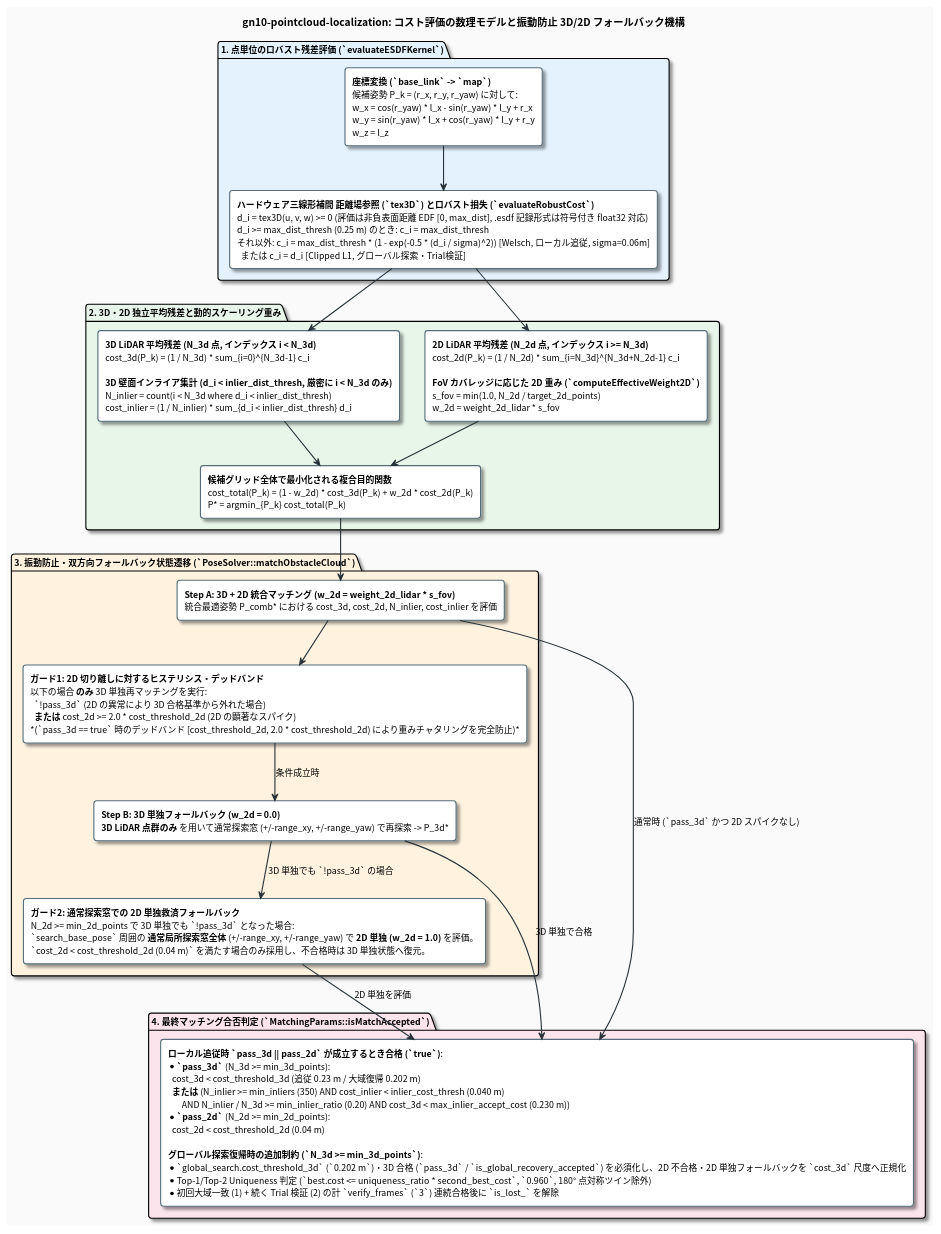
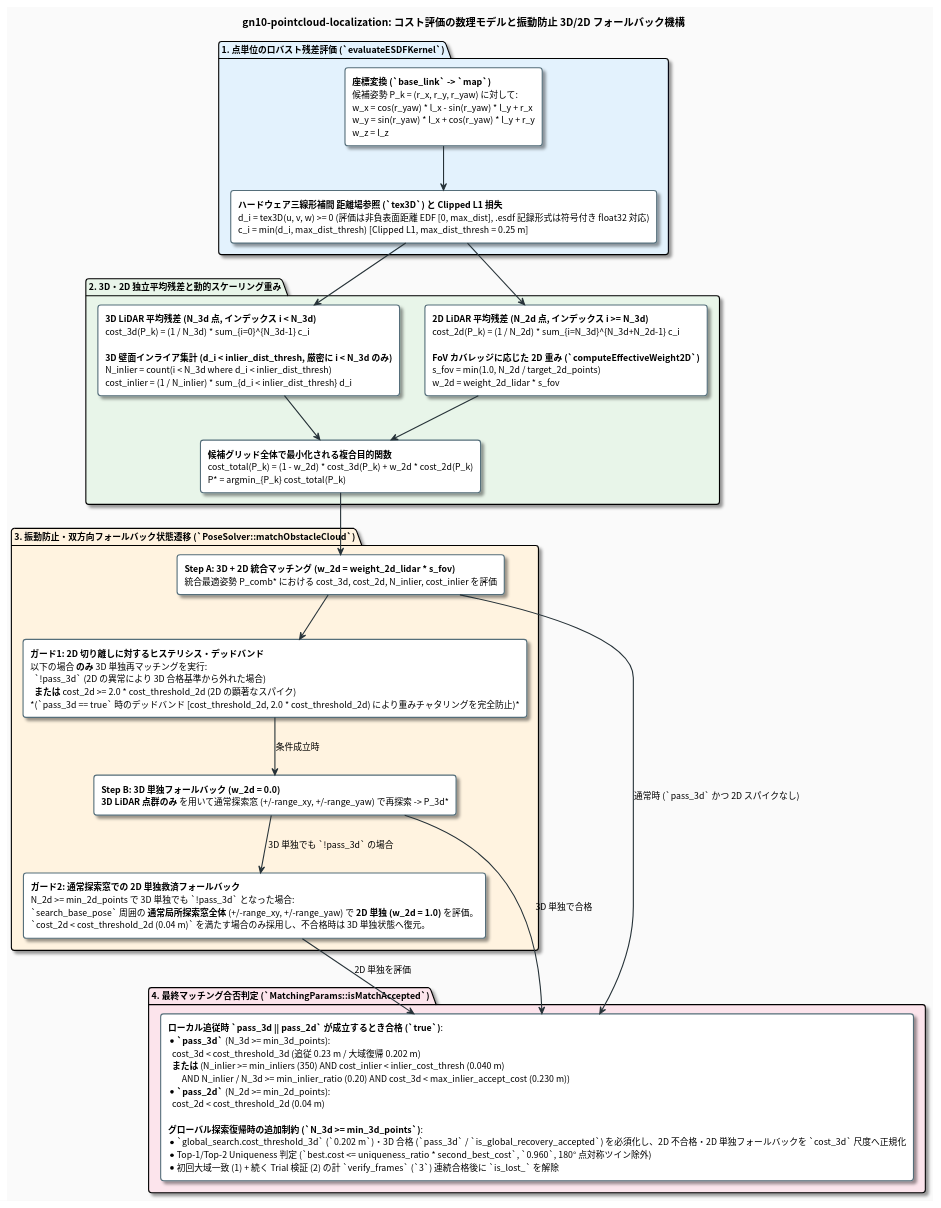
The diagram in docs/matching_cost_and_weighting_jp.pu (tmcit-ararobo-2026a/gn10-pointcloud-localization), drawn with PlantUML before and after one commit. The commit also changed 14 other files, not shown here.

Commit message:
Remove unnecessary Welsch/Cauchy robust loss and unify EDF matching on Clipped L1

```diff
--- a/docs/matching_cost_and_weighting_jp.pu
+++ b/docs/matching_cost_and_weighting_jp.pu
@@ -1,70 +1,70 @@
 @startuml matching_cost_and_weighting_jp
 skinparam backgroundColor #FAFAFA
 skinparam defaultFontName "Roboto, Noto Sans CJK JP, sans-serif"
 skinparam defaultFontSize 12
 skinparam roundCorner 8
 skinparam shadowing true
 skinparam ArrowColor #263238
 skinparam ArrowThickness 1.5
 
 skinparam rectangle {
     BackgroundColor #FFFFFF
     BorderColor #546E7A
     BorderThickness 1.5
 }
 
 skinparam note {
     BackgroundColor #FFF8E1
     BorderColor #FFB300
     FontColor #263238
 }
 
 title **gn10-pointcloud-localization: コスト評価の数理モデルと振動防止 3D/2D フォールバック機構**
 
 package "1. 点単位のロバスト残差評価 (`evaluateESDFKernel`)" #E3F2FD {
     rectangle "**座標変換 (`base_link` -> `map`)**\n候補姿勢 P_k = (r_x, r_y, r_yaw) に対して:\nw_x = cos(r_yaw) * l_x - sin(r_yaw) * l_y + r_x\nw_y = sin(r_yaw) * l_x + cos(r_yaw) * l_y + r_y\nw_z = l_z" as TF_EQ
 
-    rectangle "**ハードウェア三線形補間 距離場参照 (`tex3D`) とロバスト損失 (`evaluateRobustCost`)**\nd_i = tex3D(u, v, w) >= 0  (評価は非負表面距離 EDF [0, max_dist], .esdf 記録形式は符号付き float32 対応)\nd_i >= max_dist_thresh (0.25 m) のとき: c_i = max_dist_thresh\nそれ以外: c_i = max_dist_thresh * (1 - exp(-0.5 * (d_i / sigma)^2))  [Welsch, ローカル追従, sigma=0.06m]\n  または c_i = d_i  [Clipped L1, グローバル探索・Trial検証]" as CLIP_EQ
+    rectangle "**ハードウェア三線形補間 距離場参照 (`tex3D`) と Clipped L1 損失**\nd_i = tex3D(u, v, w) >= 0  (評価は非負表面距離 EDF [0, max_dist], .esdf 記録形式は符号付き float32 対応)\nc_i = min(d_i, max_dist_thresh)  [Clipped L1, max_dist_thresh = 0.25 m]" as CLIP_EQ
 
     TF_EQ -down-> CLIP_EQ
 }
 
 package "2. 3D・2D 独立平均残差と動的スケーリング重み" #E8F5E9 {
     rectangle "**3D LiDAR 平均残差 (N_3d 点, インデックス i < N_3d)**\ncost_3d(P_k) = (1 / N_3d) * sum_{i=0}^{N_3d-1} c_i\n\n**3D 壁面インライア集計 (d_i < inlier_dist_thresh, 厳密に i < N_3d のみ)**\nN_inlier = count(i < N_3d where d_i < inlier_dist_thresh)\ncost_inlier = (1 / N_inlier) * sum_{d_i < inlier_dist_thresh} d_i" as COST_3D
 
     rectangle "**2D LiDAR 平均残差 (N_2d 点, インデックス i >= N_3d)**\ncost_2d(P_k) = (1 / N_2d) * sum_{i=N_3d}^{N_3d+N_2d-1} c_i\n\n**FoV カバレッジに応じた 2D 重み (`computeEffectiveWeight2D`)**\ns_fov = min(1.0, N_2d / target_2d_points)\nw_2d = weight_2d_lidar * s_fov" as COST_2D
 
     rectangle "**候補グリッド全体で最小化される複合目的関数**\ncost_total(P_k) = (1 - w_2d) * cost_3d(P_k) + w_2d * cost_2d(P_k)\nP* = argmin_{P_k} cost_total(P_k)" as COMP_EQ
 
     COST_3D -down-> COMP_EQ
     COST_2D -down-> COMP_EQ
 }
 
 CLIP_EQ -down-> COST_3D
 CLIP_EQ -down-> COST_2D
 
 package "3. 振動防止・双方向フォールバック状態遷移 (`PoseSolver::matchObstacleCloud`)" #FFF3E0 {
     rectangle "**Step A: 3D + 2D 統合マッチング (w_2d = weight_2d_lidar * s_fov)**\n統合最適姿勢 P_comb* における cost_3d, cost_2d, N_inlier, cost_inlier を評価" as STEP_A
 
     rectangle "**ガード1: 2D 切り離しに対するヒステリシス・デッドバンド**\n以下の場合 **のみ** 3D 単独再マッチングを実行:\n  `!pass_3d` (2D の異常により 3D 合格基準から外れた場合)\n  **または** cost_2d >= 2.0 * cost_threshold_2d (2D の顕著なスパイク)\n*(`pass_3d == true` 時のデッドバンド [cost_threshold_2d, 2.0 * cost_threshold_2d) により重みチャタリングを完全防止)*" as GUARD_1
 
     rectangle "**Step B: 3D 単独フォールバック (w_2d = 0.0)**\n**3D LiDAR 点群のみ** を用いて通常探索窓 (+/-range_xy, +/-range_yaw) で再探索 -> P_3d*" as STEP_B
 
     rectangle "**ガード2: 通常探索窓での 2D 単独救済フォールバック**\nN_2d >= min_2d_points で 3D 単独でも `!pass_3d` となった場合:\n`search_base_pose` 周囲の **通常局所探索窓全体** (+/-range_xy, +/-range_yaw) で **2D 単独 (w_2d = 1.0)** を評価。\n`cost_2d < cost_threshold_2d (0.04 m)` を満たす場合のみ採用し、不合格時は 3D 単独状態へ復元。" as STEP_C
 
     STEP_A -down-> GUARD_1
     GUARD_1 -down-> STEP_B : 条件成立時
     STEP_B -down-> STEP_C : 3D 単独でも `!pass_3d` の場合
 }
 
 COMP_EQ -down-> STEP_A
 
 package "4. 最終マッチング合否判定 (`MatchingParams::isMatchAccepted`)" #FCE4EC {
     rectangle "**ローカル追従時 `pass_3d || pass_2d` が成立するとき合格 (`true`)**:\n* **`pass_3d`** (N_3d >= min_3d_points):\n  cost_3d < cost_threshold_3d (追従 0.23 m / 大域復帰 0.202 m)\n  **または** (N_inlier >= min_inliers (350) AND cost_inlier < inlier_cost_thresh (0.040 m)\n       AND N_inlier / N_3d >= min_inlier_ratio (0.20) AND cost_3d < max_inlier_accept_cost (0.230 m))\n* **`pass_2d`** (N_2d >= min_2d_points):\n  cost_2d < cost_threshold_2d (0.04 m)\n\n**グローバル探索復帰時の追加制約 (`N_3d >= min_3d_points`)**:\n* `global_search.cost_threshold_3d` (`0.202 m`)・3D 合格 (`pass_3d` / `is_global_recovery_accepted`) を必須化し、2D 不合格・2D 単独フォールバックを `cost_3d` 尺度へ正規化\n* Top-1/Top-2 Uniqueness 判定 (`best.cost <= uniqueness_ratio * second_best_cost`, `0.960`, 180° 点対称ツイン除外)\n* 初回大域一致 (1) + 続く Trial 検証 (2) の計 `verify_frames` (`3`) 連続合格後に `is_lost_` を解除" as FINAL_ACCEPT
 }
 
 STEP_A -down-> FINAL_ACCEPT : 通常時 (`pass_3d` かつ 2D スパイクなし)
 STEP_B -down-> FINAL_ACCEPT : 3D 単独で合格
 STEP_C -down-> FINAL_ACCEPT : 2D 単独を評価
 
 @enduml
```
